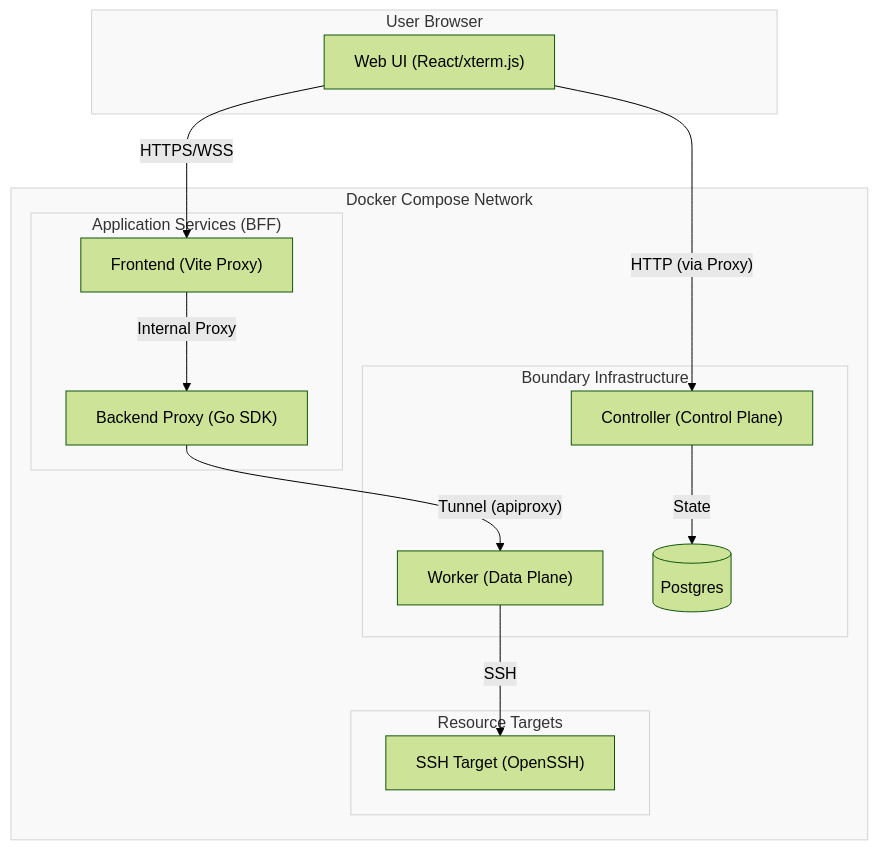
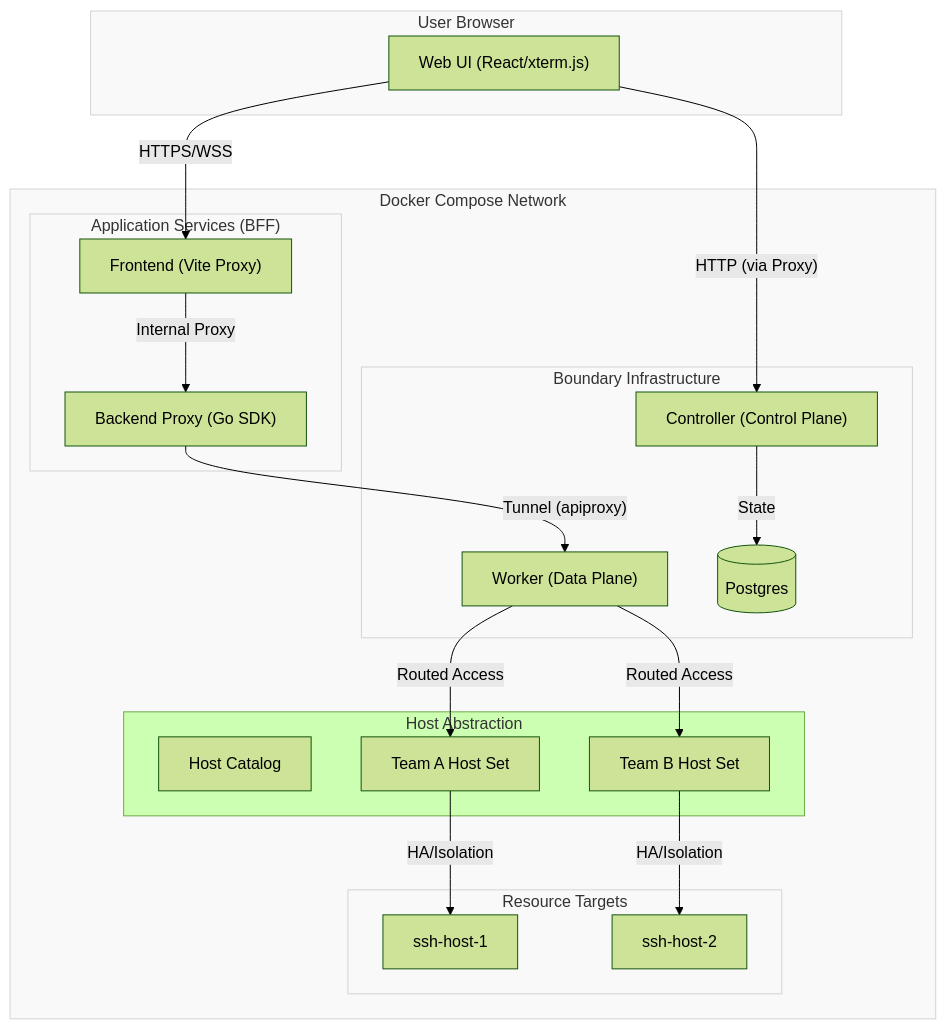
The first of 2 diagrams in README.md (arsenyspb/comet-boundary), drawn with Mermaid (forest theme) before and after one commit. The commit also changed other lines of this file and 7 other files, not shown here.

First line of the commit message:
feat: implement HVD host abstraction and team isolation

````diff
--- a/README.md
+++ b/README.md
@@ -16,37 +16,47 @@
 ```mermaid
 graph TB
     subgraph Browser ["User Browser"]
         UI["Web UI (React/xterm.js)"]
     end
 
     subgraph Docker ["Docker Compose Network"]
         subgraph App ["Application Services (BFF)"]
             Front["Frontend (Vite Proxy)"]
             Back["Backend Proxy (Go SDK)"]
         end
 
         subgraph Boundary ["Boundary Infrastructure"]
             Cont["Controller (Control Plane)"]
             Work["Worker (Data Plane)"]
             DB[(Postgres)]
         end
 
+        subgraph HVD ["Host Abstraction"]
+            Catalog["Host Catalog"]
+            SetA["Team A Host Set"]
+            SetB["Team B Host Set"]
+        end
+
         subgraph Targets ["Resource Targets"]
-            SSH["SSH Target (OpenSSH)"]
+            H1["ssh-host-1"]
+            H2["ssh-host-2"]
         end
     end
 
     UI -- "HTTPS/WSS" --> Front
     UI -- "HTTP (via Proxy)" --> Cont
     Front -- "Internal Proxy" --> Back
     Back -- "Tunnel (apiproxy)" --> Work
     Cont -- "State" --> DB
-    Work -- "SSH" --> SSH
+    Work -- "Routed Access" --> SetA
+    Work -- "Routed Access" --> SetB
+    SetA -- "HA/Isolation" --> H1
+    SetB -- "HA/Isolation" --> H2
 
     %% Styling for light gray background
     style Browser fill:#f9f9f9,stroke:#d3d3d3
     style Docker fill:#f9f9f9,stroke:#d3d3d3
     style App fill:#f9f9f9,stroke:#d3d3d3
     style Boundary fill:#f9f9f9,stroke:#d3d3d3
     style Targets fill:#f9f9f9,stroke:#d3d3d3
 ```
````
